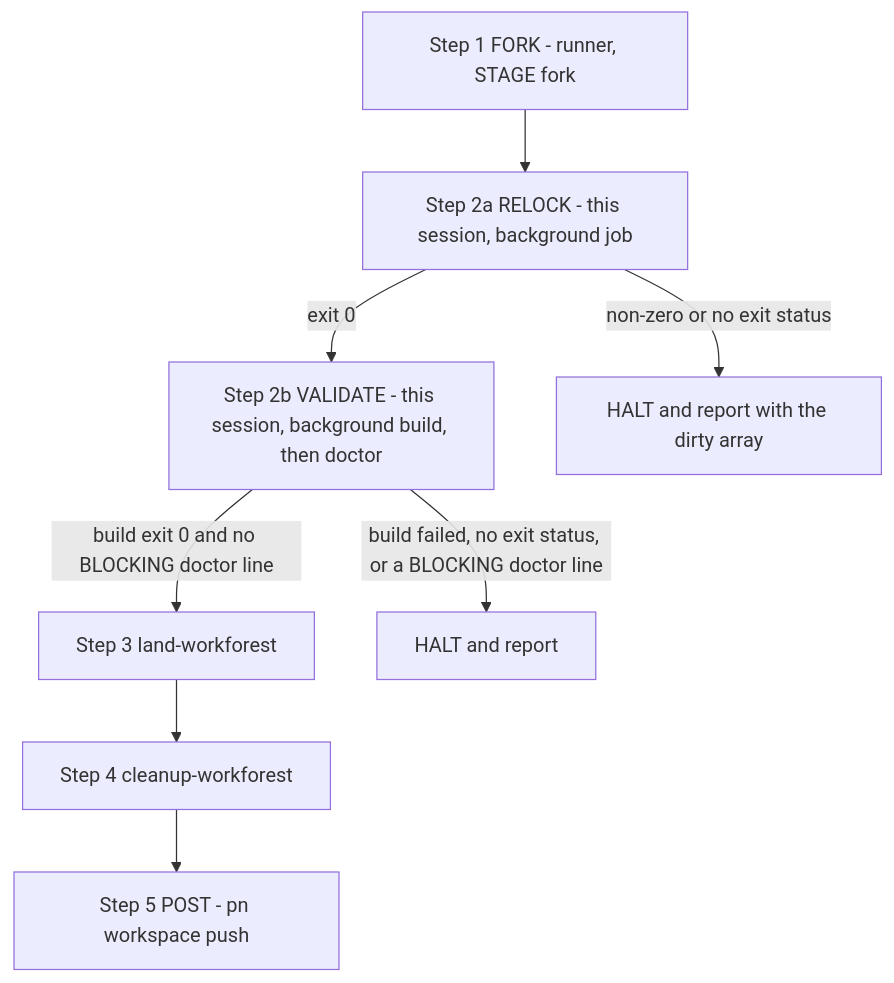
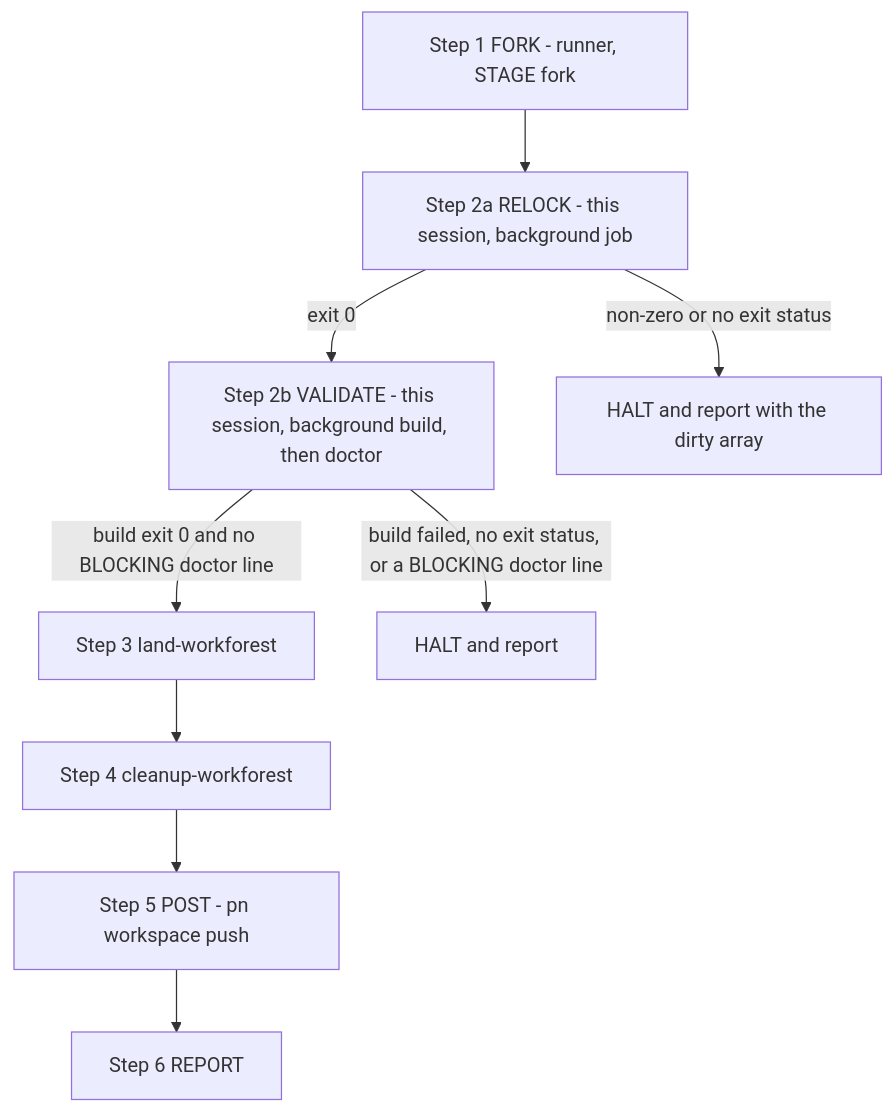
Before and after one commit to phillipgreenii/nix-repo-base: the diagram in pn-workspace-rules/commands/pn-workspace-update.md, drawn with Mermaid. The commit also changed other lines of this file and 11 other files, not shown here.

````diff
--- a/pn-workspace-rules/commands/pn-workspace-update.md
+++ b/pn-workspace-rules/commands/pn-workspace-update.md
@@ -41,10 +65,11 @@
 ```mermaid
 flowchart TD
     F["Step 1 FORK - runner, STAGE fork"] --> R["Step 2a RELOCK - this session, background job"]
     R -->|"exit 0"| V["Step 2b VALIDATE - this session, background build, then doctor"]
     R -->|"non-zero or no exit status"| H["HALT and report with the dirty array"]
     V -->|"build exit 0 and no BLOCKING doctor line"| L["Step 3 land-workforest"]
     V -->|"build failed, no exit status, or a BLOCKING doctor line"| H2["HALT and report"]
     L --> C["Step 4 cleanup-workforest"]
     C --> P["Step 5 POST - pn workspace push"]
+    P --> RP["Step 6 REPORT"]
 ```
````
